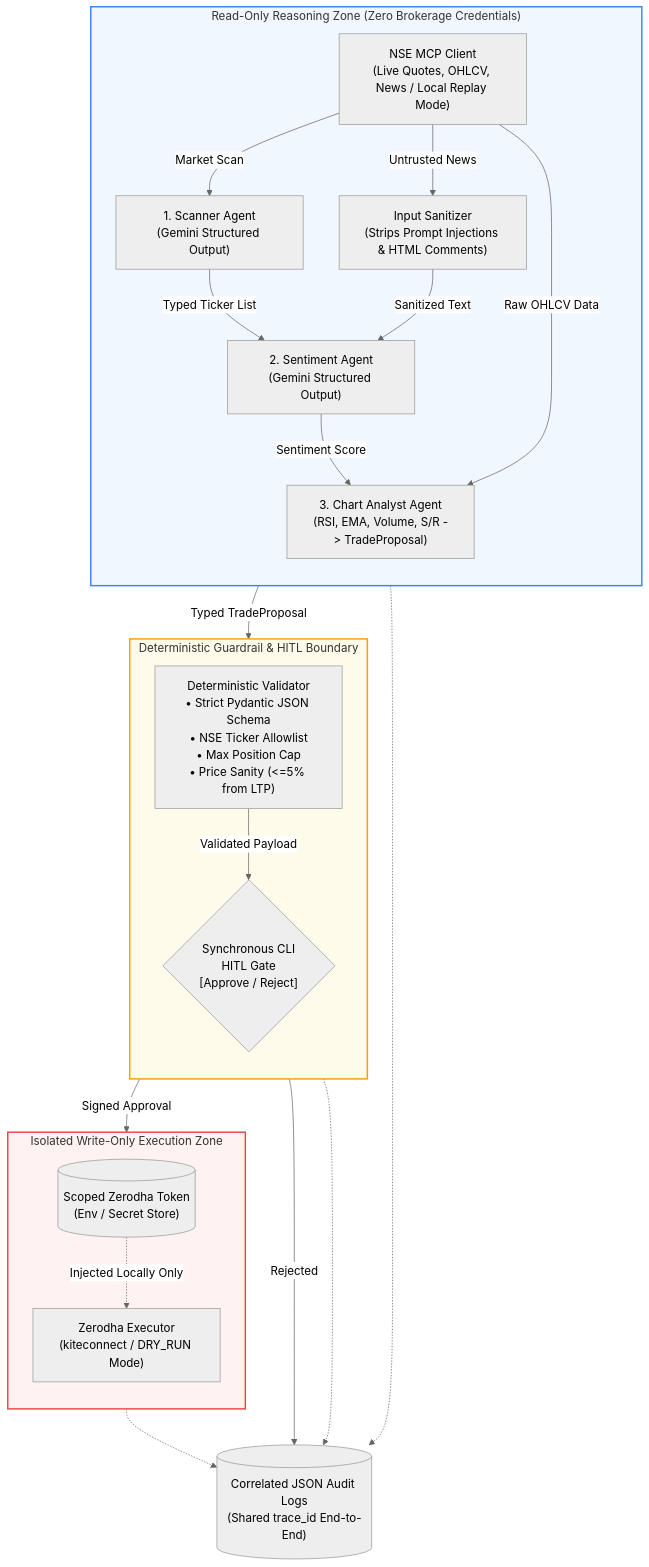
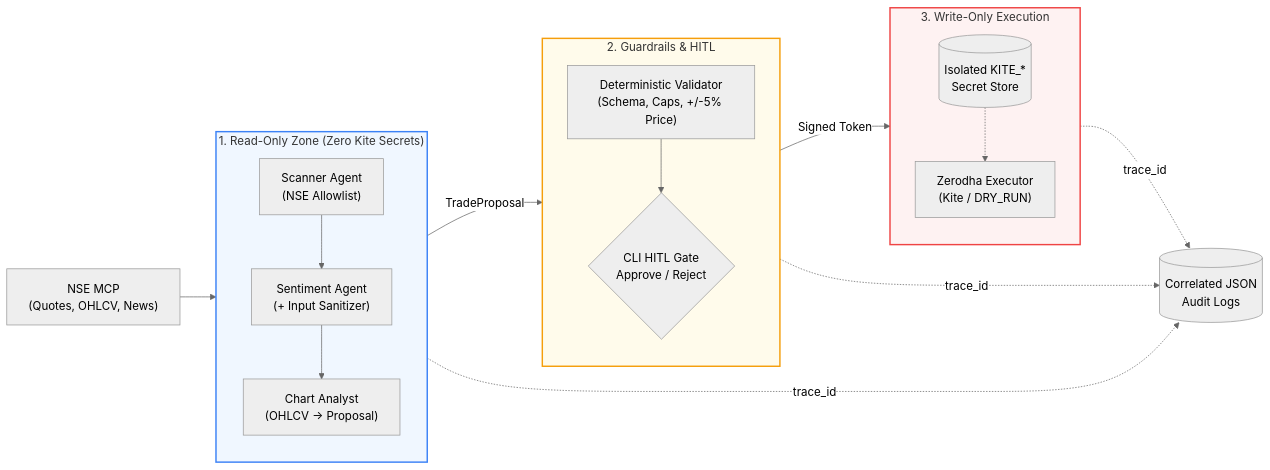
Before and after one commit to abhin337/Multi-Agent-Trading: the diagram in README.md, drawn with Mermaid (neutral theme). The commit also changed other lines of this file, not shown here.

Commit message:
docs: make README architecture diagram compact and align quickstart CLI command

````diff
--- a/README.md
+++ b/README.md
@@ -30,48 +30,30 @@
 ```mermaid
-flowchart TB
-    subgraph RO ["Read-Only Reasoning Zone (Zero Brokerage Credentials)"]
+flowchart LR
+    MCP["NSE MCP<br/>(Quotes, OHLCV, News)"] --> A1
+
+    subgraph RO["1. Read-Only Zone (Zero Kite Secrets)"]
         direction TB
-        MCP["NSE MCP Client<br/>(Live Quotes, OHLCV, News / Local Replay Mode)"]
-        
-        A1["1. Scanner Agent<br/>(Gemini Structured Output)"]
-        SAN["Input Sanitizer<br/>(Strips Prompt Injections & HTML Comments)"]
-        A2["2. Sentiment Agent<br/>(Gemini Structured Output)"]
-        A3["3. Chart Analyst Agent<br/>(RSI, EMA, Volume, S/R -> TradeProposal)"]
-
-        MCP -->|Market Scan| A1
-        A1 -->|Typed Ticker List| A2
-        MCP -->|Untrusted News| SAN
-        SAN -->|Sanitized Text| A2
-        A2 -->|Sentiment Score| A3
-        MCP -->|Raw OHLCV Data| A3
+        A1["Scanner Agent<br/>(NSE Allowlist)"] --> A2["Sentiment Agent<br/>(+ Input Sanitizer)"]
+        A2 --> A3["Chart Analyst<br/>(OHLCV -> Proposal)"]
     end
 
-    subgraph GATE ["Deterministic Guardrail & HITL Boundary"]
+    subgraph GATE["2. Guardrails & HITL"]
         direction TB
-        VAL["Deterministic Validator<br/>• Strict Pydantic JSON Schema<br/>• NSE Ticker Allowlist<br/>• Max Position Cap<br/>• Price Sanity (<=5% from LTP)"]
-        HITL{"Synchronous CLI<br/>HITL Gate<br/>[Approve / Reject]"}
-
-        VAL -->|Validated Payload| HITL
+        VAL["Deterministic Validator<br/>(Schema, Caps, +/-5% Price)"] --> HITL{"CLI HITL Gate<br/>Approve / Reject"}
     end
 
-    subgraph WO ["Isolated Write-Only Execution Zone"]
+    subgraph WO["3. Write-Only Execution"]
         direction TB
-        ENV[("Scoped Zerodha Token<br/>(Env / Secret Store)")]
-        EXEC["Zerodha Executor<br/>(kiteconnect / DRY_RUN Mode)"]
-        ENV -.->|Injected Locally Only| EXEC
+        ENV[("Isolated KITE_*<br/>Secret Store")] -.-> EXEC["Zerodha Executor<br/>(Kite / DRY_RUN)"]
     end
 
-    OBS[("Correlated JSON Audit Logs<br/>(Shared trace_id End-to-End)")]
-
-    A3 -->|Typed TradeProposal| VAL
-    HITL -->|Signed Approval| EXEC
-    HITL -->|Rejected| OBS
-
-    RO -.-> OBS
-    GATE -.-> OBS
-    WO -.-> OBS
+    A3 -->|TradeProposal| VAL
+    HITL -->|Signed Token| EXEC
+    RO -.->|trace_id| OBS[("Correlated JSON<br/>Audit Logs")]
+    GATE -.->|trace_id| OBS
+    WO -.->|trace_id| OBS
 
     style RO fill:#f0f7ff,stroke:#3b82f6,stroke-width:2px
     style GATE fill:#fffbeb,stroke:#f59e0b,stroke-width:2px
     style WO fill:#fef2f2,stroke:#ef4444,stroke-width:2px
 ```
````
